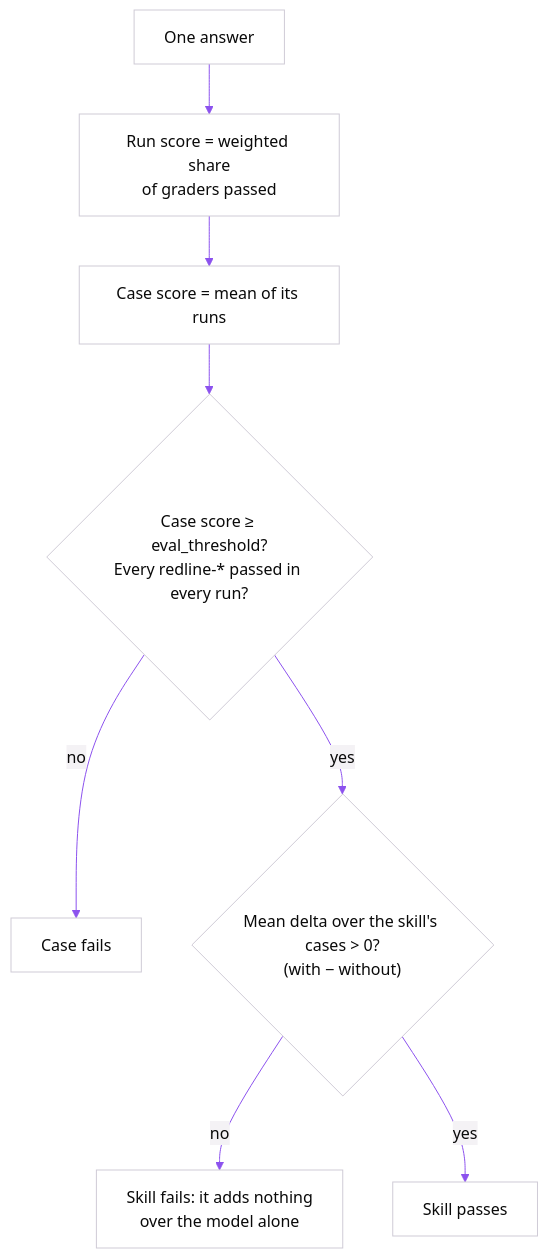
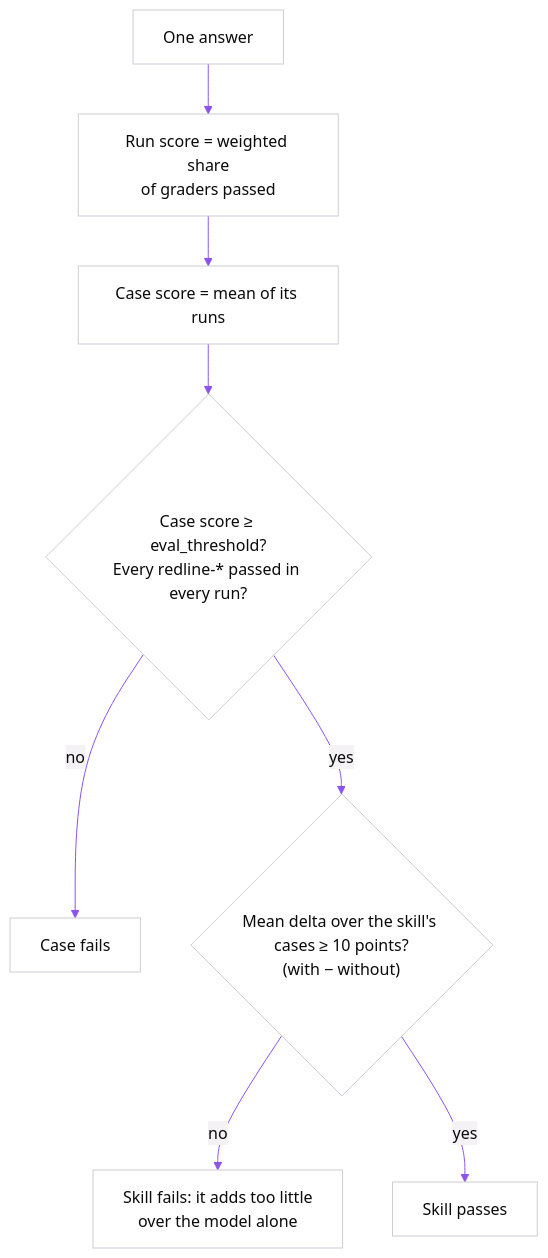
One commit to alexandre-darmon/ai-pm-skills changed the fourth of 6 diagrams in docs/evaluation.md. Above: the diagram before and after it, drawn with Mermaid. The commit also changed 35 other files, not shown here.

````diff
--- a/docs/evaluation.md
+++ b/docs/evaluation.md
@@ -65,11 +65,11 @@
 ```mermaid
 %%{init: {'theme': 'base', 'themeVariables': {'primaryColor': '#FFFFFF', 'primaryBorderColor': '#CFCBD6', 'primaryTextColor': '#0A0A0A', 'secondaryColor': '#F4F2F5', 'tertiaryColor': '#F4F2F5', 'clusterBkg': '#F4F2F5', 'clusterBorder': '#E6E3EA', 'lineColor': '#8C52EE', 'edgeLabelBackground': '#F4F2F5'}}}%%
 flowchart TD
     A["One answer"] --> S["Run score = weighted share<br/>of graders passed"]
     S --> C["Case score = mean of its runs"]
     C --> T{"Case score ≥ eval_threshold?<br/>Every redline-* passed in every run?"}
     T -- "no" --> X["Case fails"]
-    T -- "yes" --> D{"Mean delta over the skill's cases > 0?<br/>(with − without)"}
-    D -- "no" --> Y["Skill fails: it adds nothing<br/>over the model alone"]
+    T -- "yes" --> D{"Mean delta over the skill's cases ≥ 10 points?<br/>(with − without)"}
+    D -- "no" --> Y["Skill fails: it adds too little<br/>over the model alone"]
     D -- "yes" --> Z["Skill passes"]
 ```
````
